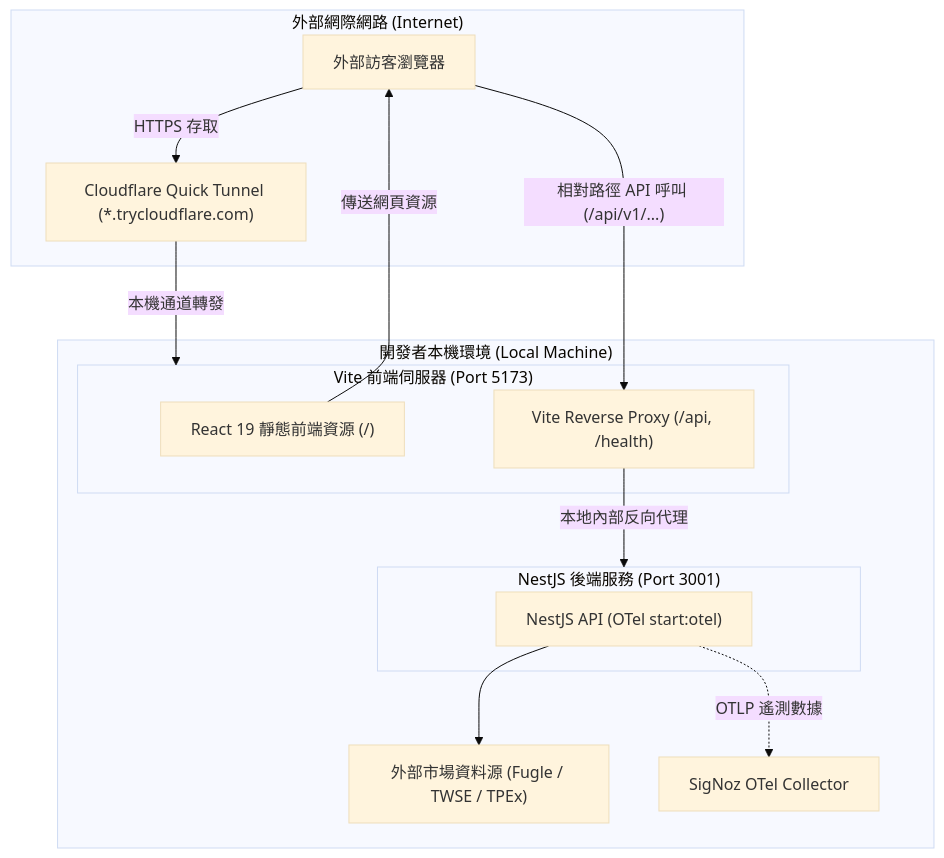
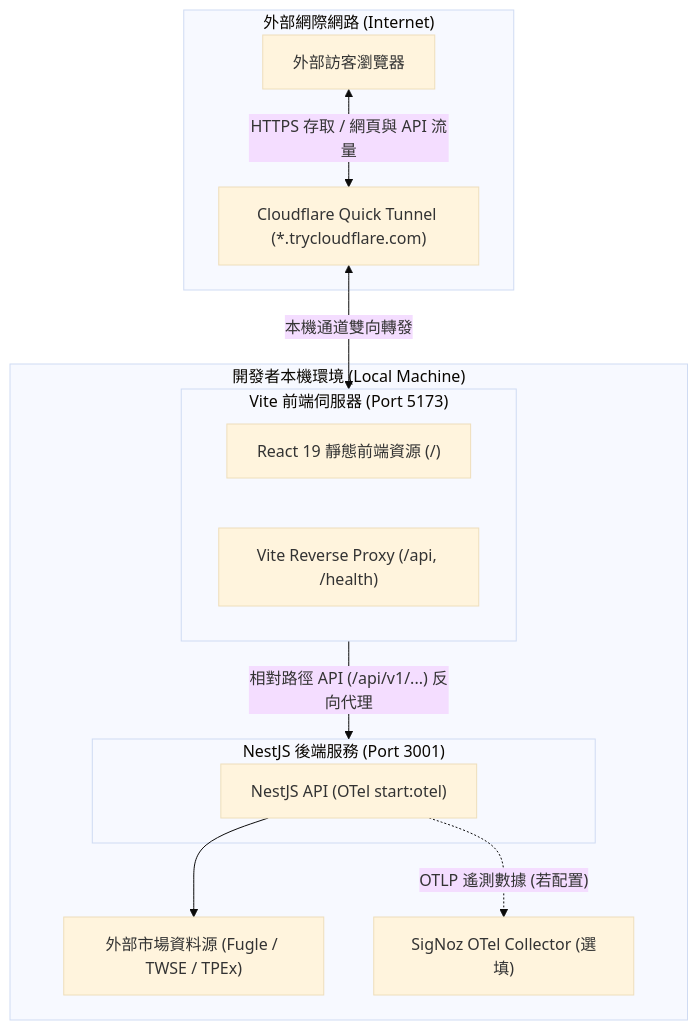
One commit to jchuder/tw-stock-dashboard changed the second of 2 diagrams in README.md. Above: the diagram before and after it, drawn with Mermaid (base theme). The commit also changed other lines of this file, not shown here.

Commit message:
docs: correct Quick Tunnel and observability details

````diff
--- a/README.md
+++ b/README.md
@@ -72,29 +72,27 @@
 ```mermaid
 flowchart TB
     subgraph Internet["外部網際網路 (Internet)"]
         Visitor["外部訪客瀏覽器"]
         CF["Cloudflare Quick Tunnel (*.trycloudflare.com)"]
     end
 
     subgraph LocalMachine["開發者本機環境 (Local Machine)"]
         subgraph ViteHost["Vite 前端伺服器 (Port 5173)"]
             ViteApp["React 19 靜態前端資源 (/)"]
             ViteProxy["Vite Reverse Proxy (/api, /health)"]
         end
 
         subgraph NestHost["NestJS 後端服務 (Port 3001)"]
             API["NestJS API (OTel start:otel)"]
         end
 
         Upstream["外部市場資料源 (Fugle / TWSE / TPEx)"]
-        SigNoz["SigNoz OTel Collector"]
+        SigNoz["SigNoz OTel Collector (選填)"]
     end
 
-    Visitor -- HTTPS 存取 --> CF
-    CF -- 本機通道轉發 --> ViteHost
-    ViteApp -- 傳送網頁資源 --> Visitor
-    Visitor -- 相對路徑 API 呼叫 (/api/v1/...) --> ViteProxy
-    ViteProxy -- 本地內部反向代理 --> NestHost
+    Visitor <-->|HTTPS 存取 / 網頁與 API 流量| CF
+    CF <-->|本機通道雙向轉發| ViteHost
+    ViteHost -- 相對路徑 API (/api/v1/...) 反向代理 --> NestHost
     API --> Upstream
-    API -. OTLP 遙測數據 .-> SigNoz
+    API -. OTLP 遙測數據 (若配置) .-> SigNoz
 ```
````
